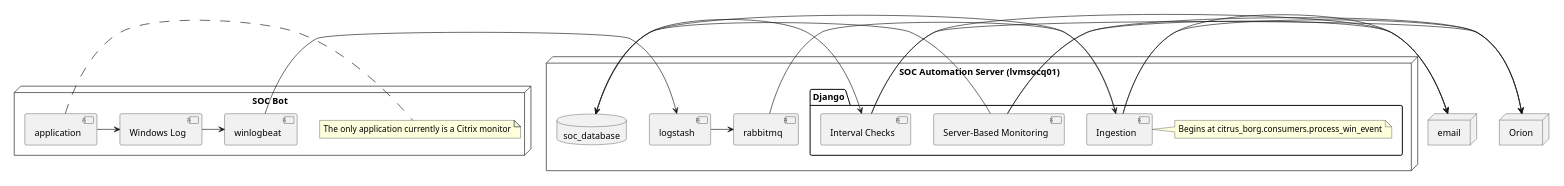
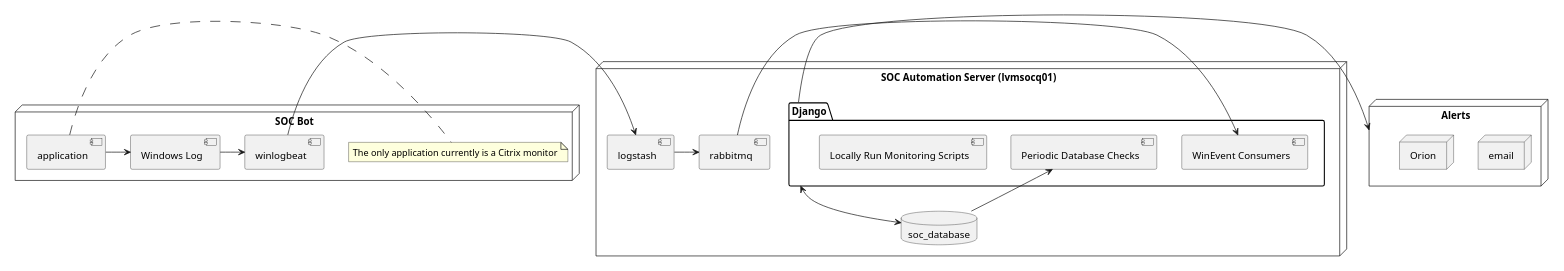
One commit to PHSAServiceOperationsCenter/PHSA-SOC changed the diagram in docs/source/p_soc_auto/infrastructure.rst. Above: the diagram before and after it, drawn with PlantUML. The commit also changed other lines of this file and 31 other files, not shown here.

```diff
--- a/docs/source/p_soc_auto/infrastructure.rst
+++ b/docs/source/p_soc_auto/infrastructure.rst
@@ -14,46 +16,39 @@
 .. uml::
     :caption: SOC Automation Architecture
 
     scale 1080*1920
 
     node "SOC Bot" {
         component application
         note right
             The only application currently is a Citrix monitor
         end note
         component "Windows Log" as WindowsLog
         component winlogbeat
         application -> WindowsLog
         WindowsLog -> winlogbeat
     }
 
     node "SOC Automation Server (lvmsocq01)" {
         component logstash
         component rabbitmq
         package Django {
-            component Ingestion
-            note right
-                Begins at citrus_borg.consumers.process_win_event
-            end note
-            component "Server-Based Monitoring" as SBM
-            component "Interval Checks" as DBM
+            component "WinEvent Consumers" as Ingestion
+            component "Locally Run Monitoring Scripts" as SBM
+            component "Periodic Database Checks" as DBM
         }
         database soc_database
 
         logstash -> rabbitmq
         rabbitmq -> Ingestion
     }
 
-    node email
-    node Orion
+    node Alerts {
+        node email
+        node Orion
+    }
 
     winlogbeat -> logstash
-    Ingestion -> soc_database
-    SBM -> soc_database
+    Django <--> soc_database
     soc_database -> DBM
-    Ingestion -> email
-    Ingestion -> Orion
-    DBM -> email
-    DBM -> Orion
-    SBM -> email
-    SBM -> Orion
+    Django -> Alerts
```
